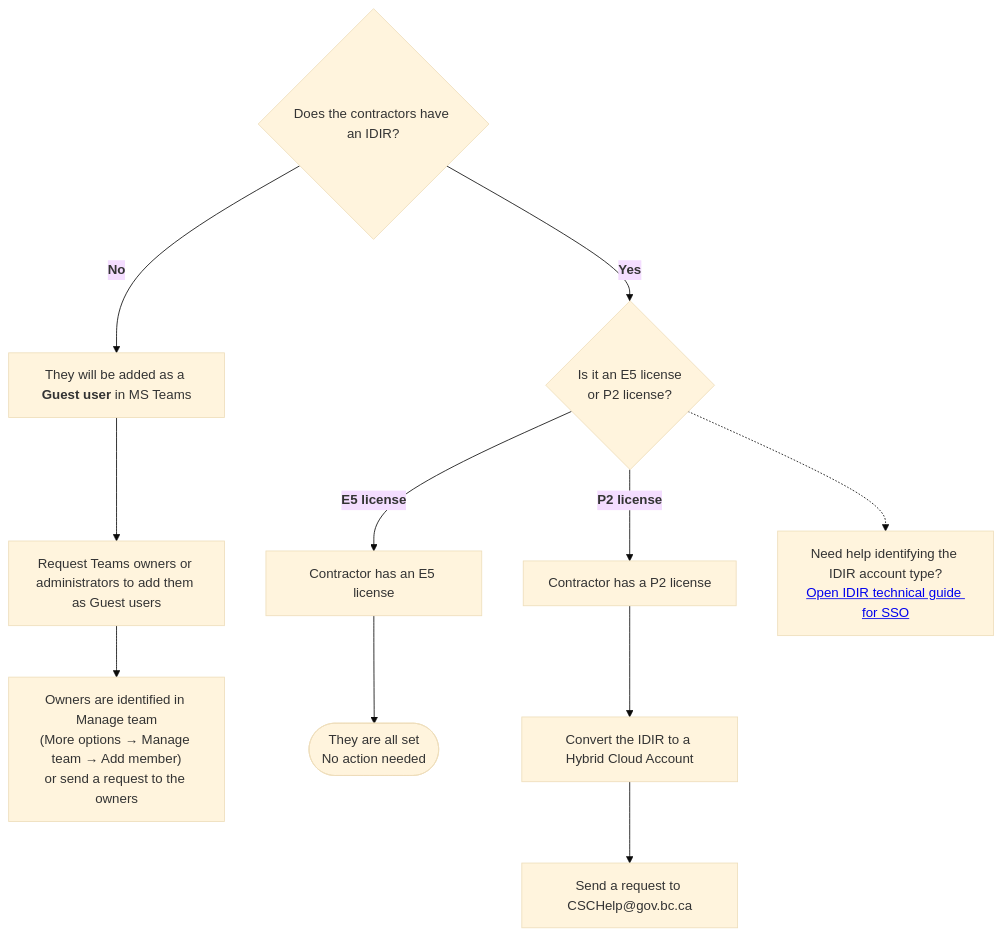
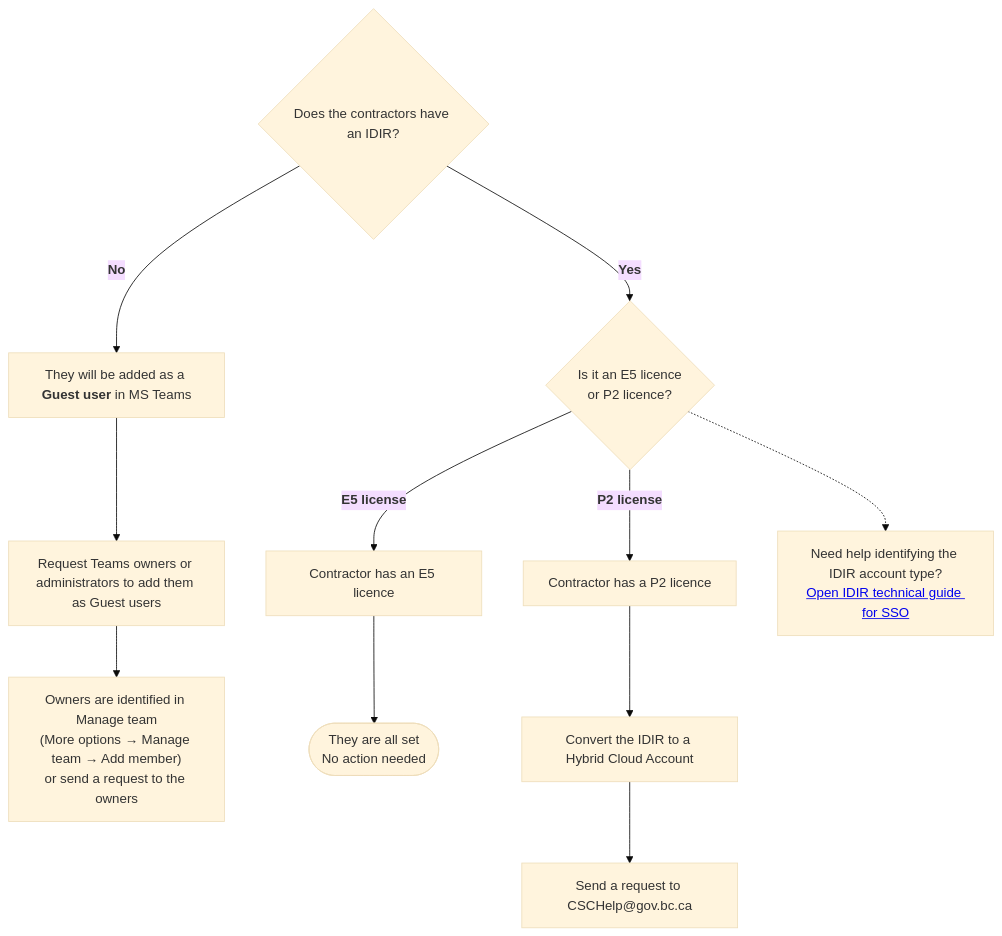
Before and after one commit to bcgov/bcdg: the diagram in docs/developer-community/ms-teams-contractors-access.md, drawn with Mermaid (base theme). The commit also changed other lines of this file, not shown here.

Commit message:
Update ms-teams-contractors-access.md
Typo corrections (licence vs license) since we follow British english, we will use licence for nouns.

````diff
--- a/docs/developer-community/ms-teams-contractors-access.md
+++ b/docs/developer-community/ms-teams-contractors-access.md
@@ -60,21 +60,21 @@
 ```mermaid
 flowchart TD
 
     A{Does the contractors have an IDIR?}
 
-    A -->|<b>Yes</b>| B{Is it an E5 license<br/>or P2 license?}
+    A -->|<b>Yes</b>| B{Is it an E5 licence<br/>or P2 licence?}
     A -->|<b>No</b>| C[They will be added as a <b>Guest user</b> in MS Teams]
 
     C --> D[Request Teams owners or administrators to add them as Guest users]
     D --> E["Owners are identified in Manage team<br/>(More options → Manage team → Add member)<br/>or send a request to the owners"]
 
-    B -->|<b>E5 license</b>| F[Contractor has an E5 license]
+    B -->|<b>E5 license</b>| F[Contractor has an E5 licence]
     F --> G([They are all set<br/>No action needed])
 
-    B -->|<b>P2 license</b>| H[Contractor has a P2 license]
+    B -->|<b>P2 license</b>| H[Contractor has a P2 licence]
     H --> I[Convert the IDIR to a Hybrid Cloud Account]
     I --> J[Send a request to CSCHelp@gov.bc.ca]
 
     K["Need help identifying the IDIR account type?"]
     B -.-> K["Need help identifying the IDIR account type?<br/><a href='https://developer.gov.bc.ca/docs/default/component/bc-developer-guide/use-github-in-bcgov/github-transition-guide/'>Open IDIR technical guide for SSO</a>"]
 ```
````
